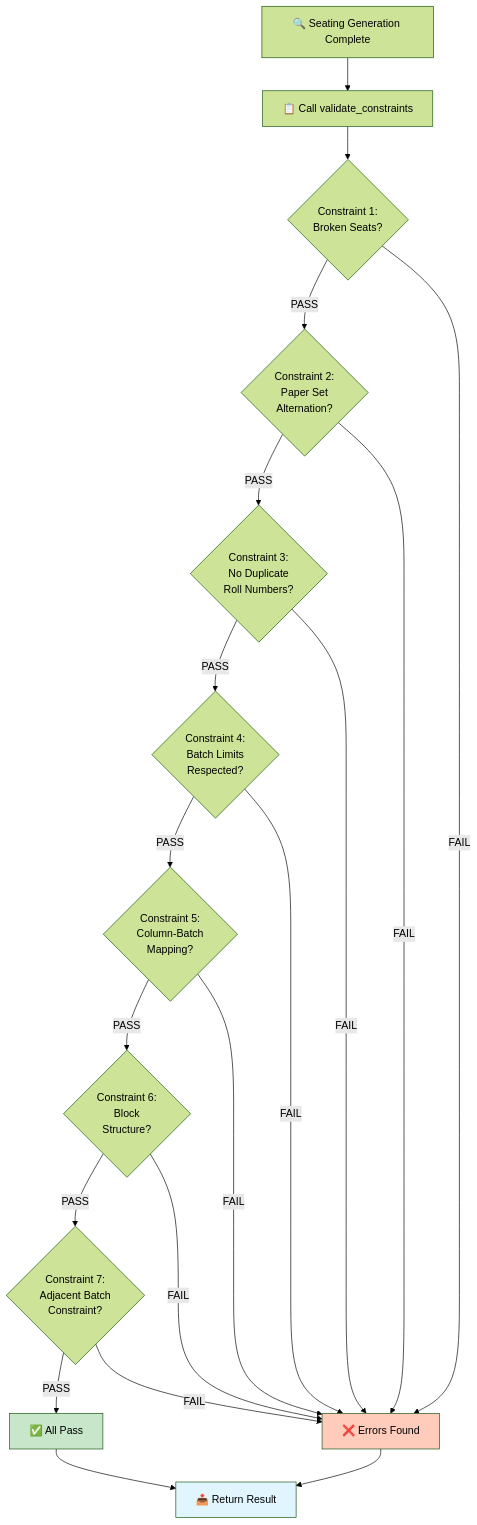
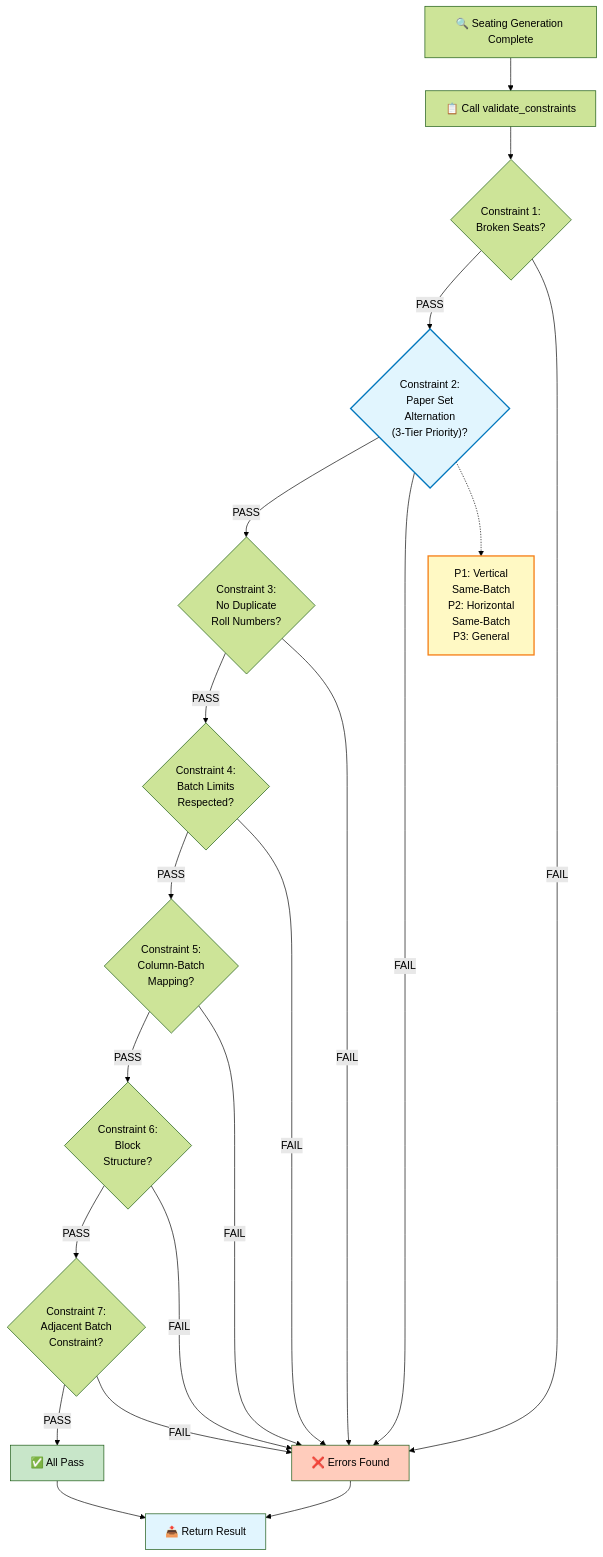
The sixth of 11 diagrams in algo/Details/ARCHITECTURE.md (Harshit7623/seat-allocation-sys), drawn with Mermaid (forest theme) before and after one commit. The commit also changed other lines of this file and 4 other files, not shown here.

Commit message:
modified:   algo/Details/ALGORITHM_DOCUMENTATION.md 	modified:   algo/Details/ARCHITECTURE.md 	modified:   algo/Details/QUICK_REFERENCE.md 	modified:   algo/Details/README.md 	modified:   algo/Details/VISUAL_INDEX.md

````diff
--- a/algo/Details/ARCHITECTURE.md
+++ b/algo/Details/ARCHITECTURE.md
@@ -196,37 +196,41 @@
 ```mermaid
 graph TD
     A["🔍 Seating Generation Complete"]
     B["📋 Call validate_constraints"]
     C{"Constraint 1:<br/>Broken Seats?"}
-    D{"Constraint 2:<br/>Paper Set<br/>Alternation?"}
+    D{"Constraint 2:<br/>Paper Set<br/>Alternation<br/>(3-Tier Priority)?"}
     E{"Constraint 3:<br/>No Duplicate<br/>Roll Numbers?"}
     F{"Constraint 4:<br/>Batch Limits<br/>Respected?"}
     G{"Constraint 5:<br/>Column-Batch<br/>Mapping?"}
     H{"Constraint 6:<br/>Block<br/>Structure?"}
     I{"Constraint 7:<br/>Adjacent Batch<br/>Constraint?"}
     J["✅ All Pass"]
     K["❌ Errors Found"]
     L["📤 Return Result"]
+    P["P1: Vertical<br/>Same-Batch<br/>P2: Horizontal<br/>Same-Batch<br/>P3: General"]
     
     A --> B --> C
     C -->|PASS| D
     C -->|FAIL| K
     D -->|PASS| E
     D -->|FAIL| K
+    D -.-> P
     E -->|PASS| F
     E -->|FAIL| K
     F -->|PASS| G
     F -->|FAIL| K
     G -->|PASS| H
     G -->|FAIL| K
     H -->|PASS| I
     H -->|FAIL| K
     I -->|PASS| J
     I -->|FAIL| K
     J --> L
     K --> L
     
     style J fill:#c8e6c9
     style K fill:#ffccbc
     style L fill:#e1f5fe
+    style D fill:#e1f5fe,stroke:#0277bd,stroke-width:2px
+    style P fill:#fff9c4,stroke:#f57f17,stroke-width:2px
 ```
````
